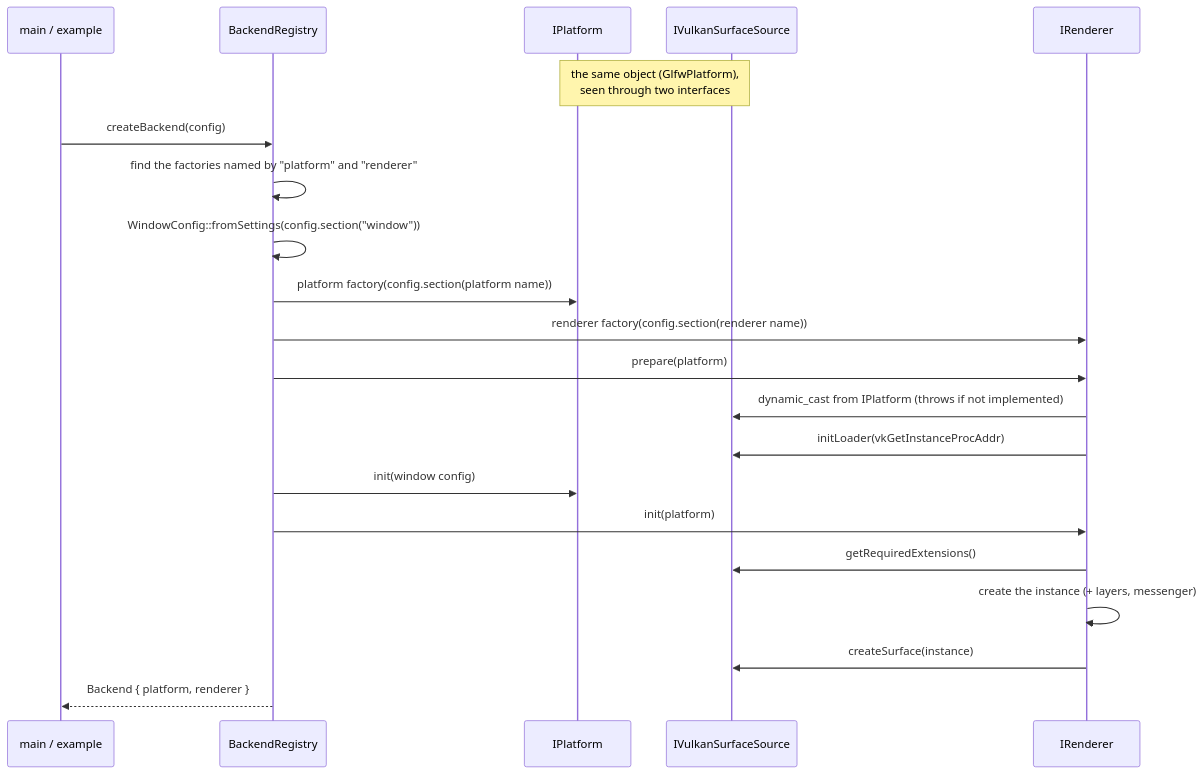
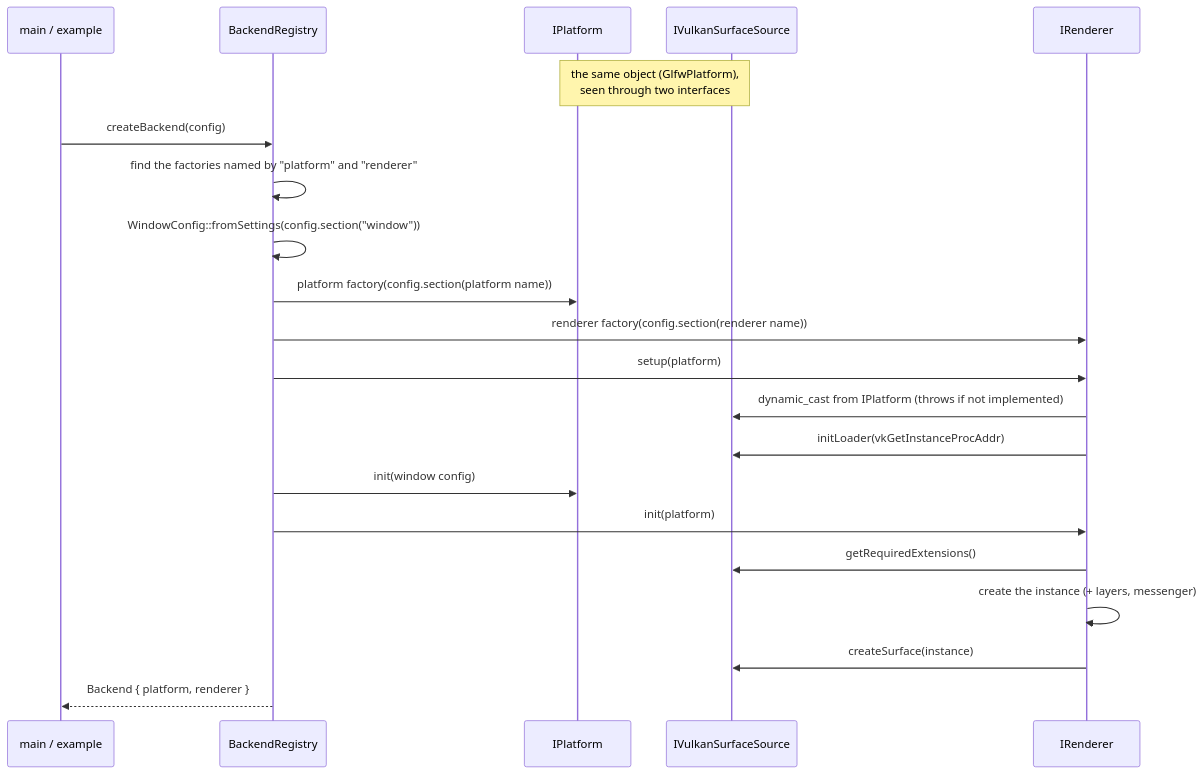
One commit to Charles-Mahoudeau/rtype changed the second of 2 diagrams in docs/Backend.md. Above: the diagram before and after it, drawn with Mermaid. The commit also changed other lines of this file and 11 other files, not shown here.

Commit message:
refactor(renderer): rename prepare to setup for consistency across platform and renderer interfaces

````diff
--- a/docs/Backend.md
+++ b/docs/Backend.md
@@ -196,29 +196,29 @@
 ```mermaid
 sequenceDiagram
     participant Code as main / example
     participant Registry as BackendRegistry
     participant Platform as IPlatform
     participant Interop as IVulkanSurfaceSource
     participant Renderer as IRenderer
 
     Note over Platform,Interop: the same object (GlfwPlatform),<br/>seen through two interfaces
 
     Code->>Registry: createBackend(config)
     Registry->>Registry: find the factories named by "platform" and "renderer"
     Registry->>Registry: WindowConfig::fromSettings(config.section("window"))
     Registry->>Platform: platform factory(config.section(platform name))
     Registry->>Renderer: renderer factory(config.section(renderer name))
 
-    Registry->>Renderer: prepare(platform)
+    Registry->>Renderer: setup(platform)
     Renderer->>Interop: dynamic_cast from IPlatform (throws if not implemented)
     Renderer->>Interop: initLoader(vkGetInstanceProcAddr)
 
     Registry->>Platform: init(window config)
 
     Registry->>Renderer: init(platform)
     Renderer->>Interop: getRequiredExtensions()
     Renderer->>Renderer: create the instance (+ layers, messenger)
     Renderer->>Interop: createSurface(instance)
 
     Registry-->>Code: Backend { platform, renderer }
 ```
````
